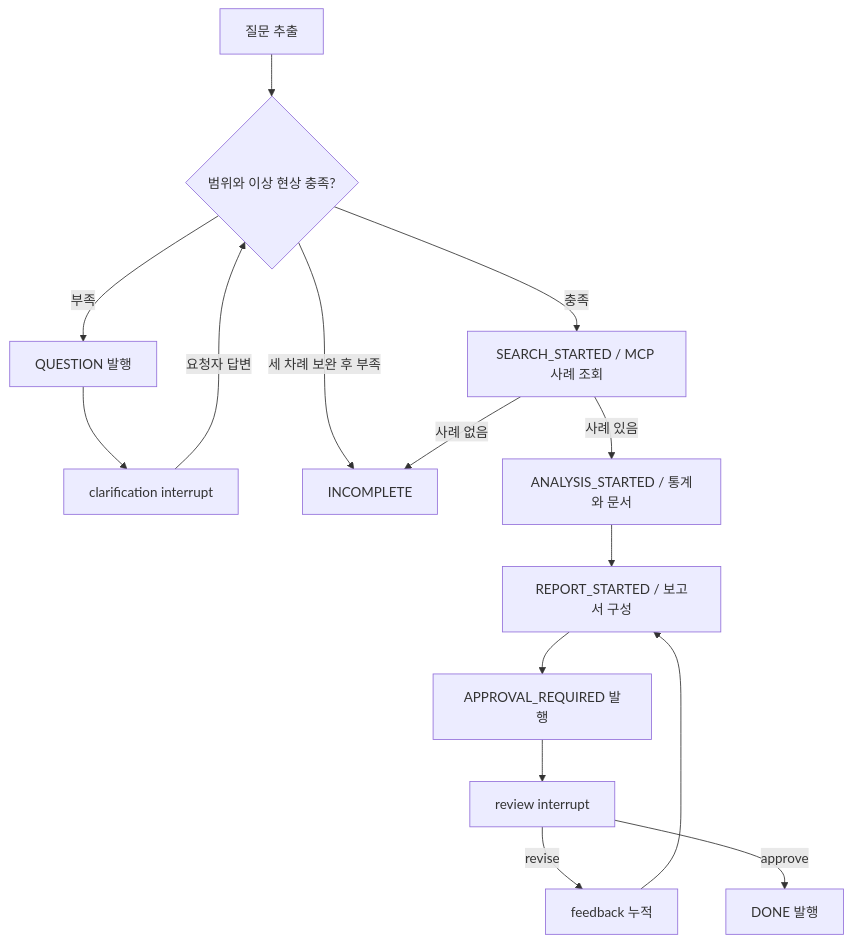
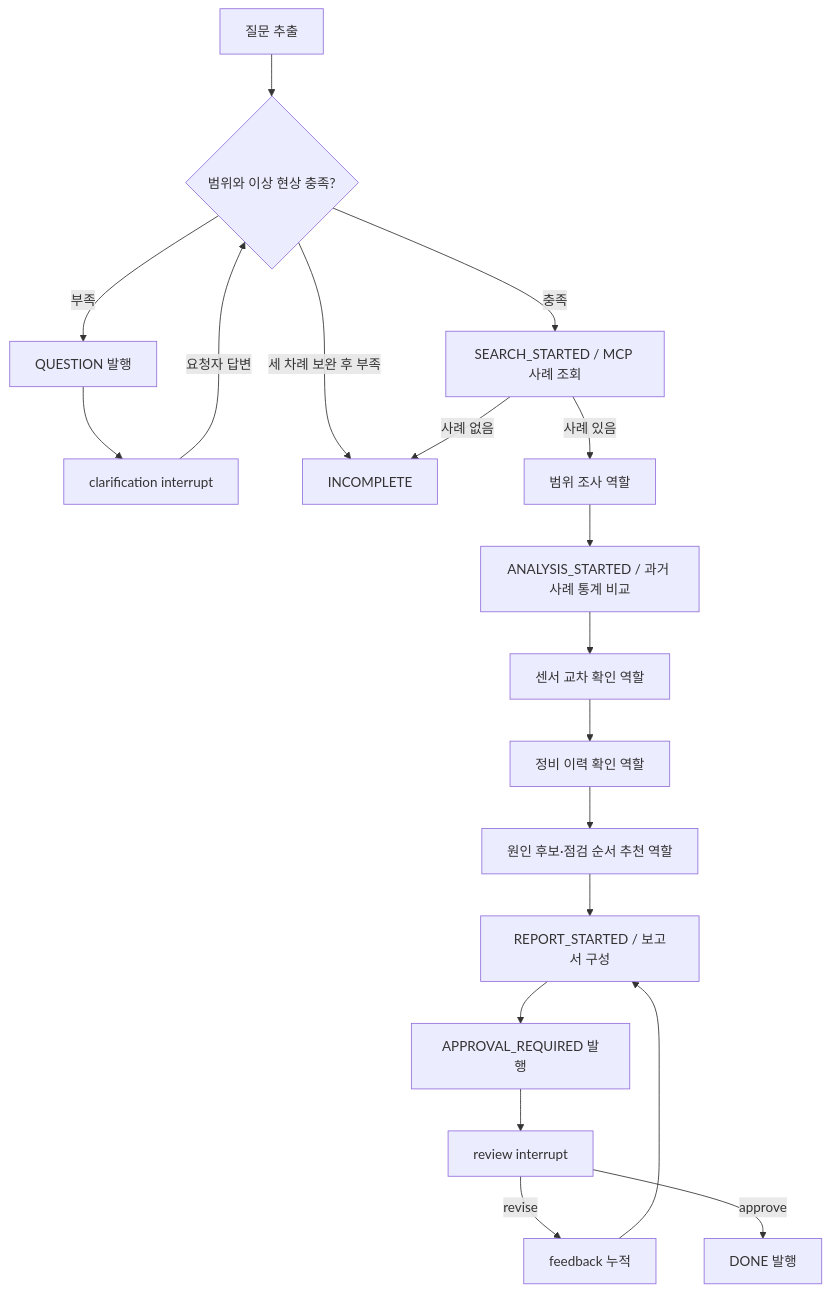
One commit to meotjin-girl/etch-trace changed the diagram in docs/agent.md. Above: the diagram before and after it, drawn with Mermaid. The commit also changed other lines of this file and 15 other files, not shown here.

Commit message:
feat: 근거 기반 이상 조사 단계별 5개 Agent 구현 및 Graph 연결

````diff
--- a/docs/agent.md
+++ b/docs/agent.md
@@ -7,17 +7,21 @@
 ```mermaid
 flowchart TD
   I[질문 추출] --> M{범위와 이상 현상 충족?}
   M -- 부족 --> Q[QUESTION 발행]
   Q --> C[clarification interrupt]
   C -- 요청자 답변 --> M
   M -- 세 차례 보완 후 부족 --> X[INCOMPLETE]
   M -- 충족 --> S[SEARCH_STARTED / MCP 사례 조회]
   S -- 사례 없음 --> X
-  S -- 사례 있음 --> A[ANALYSIS_STARTED / 통계와 문서]
-  A --> R[REPORT_STARTED / 보고서 구성]
+  S -- 사례 있음 --> Sc[범위 조사 역할]
+  Sc --> A[ANALYSIS_STARTED / 과거 사례 통계 비교]
+  A --> Se[센서 교차 확인 역할]
+  Se --> Ma[정비 이력 확인 역할]
+  Ma --> Re[원인 후보·점검 순서 추천 역할]
+  Re --> R[REPORT_STARTED / 보고서 구성]
   R --> P[APPROVAL_REQUIRED 발행]
   P --> H[review interrupt]
   H -- revise --> F[feedback 누적]
   F --> R
   H -- approve --> D[DONE 발행]
 ```
````
